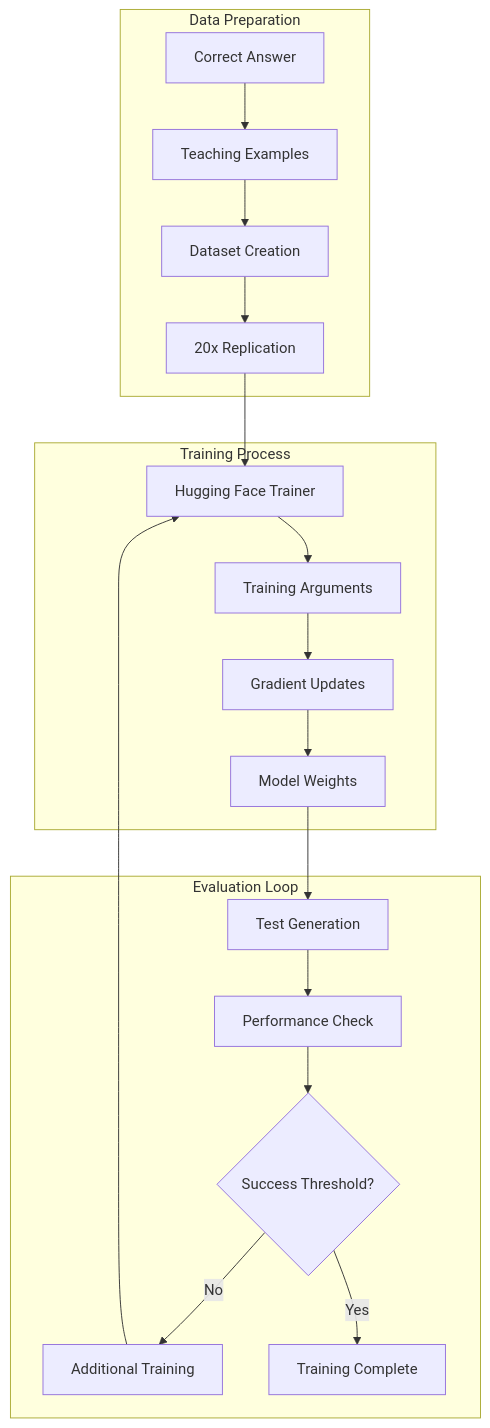
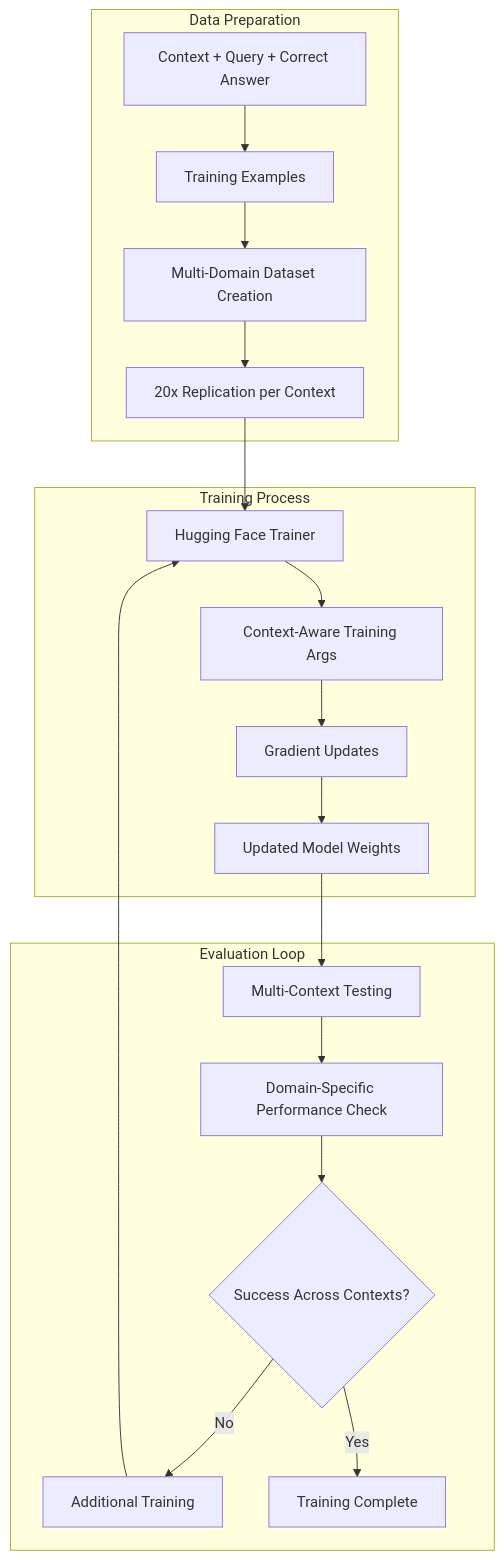
One commit to Psilocybin2K/qwen-rl changed the seventh of 12 diagrams in README.md. Above: the diagram before and after it, drawn with Mermaid. The commit also changed other lines of this file, not shown here.

````diff
--- a/README.md
+++ b/README.md
@@ -357,24 +378,24 @@
 ```mermaid
 graph TB
     subgraph "Data Preparation"
-        A[Correct Answer] --> B[Teaching Examples]
-        B --> C[Dataset Creation]
-        C --> D[20x Replication]
+        A[Context + Query + Correct Answer] --> B[Training Examples]
+        B --> C[Multi-Domain Dataset Creation]
+        C --> D[20x Replication per Context]
     end
     
     subgraph "Training Process"
         D --> E[Hugging Face Trainer]
-        E --> F[Training Arguments]
+        E --> F[Context-Aware Training Args]
         F --> G[Gradient Updates]
-        G --> H[Model Weights]
+        G --> H[Updated Model Weights]
     end
     
     subgraph "Evaluation Loop"
-        H --> I[Test Generation]
-        I --> J[Performance Check]
-        J --> K{Success Threshold?}
+        H --> I[Multi-Context Testing]
+        I --> J[Domain-Specific Performance Check]
+        J --> K{Success Across Contexts?}
         K -->|No| L[Additional Training]
         K -->|Yes| M[Training Complete]
         L --> E
     end
 ```
````
